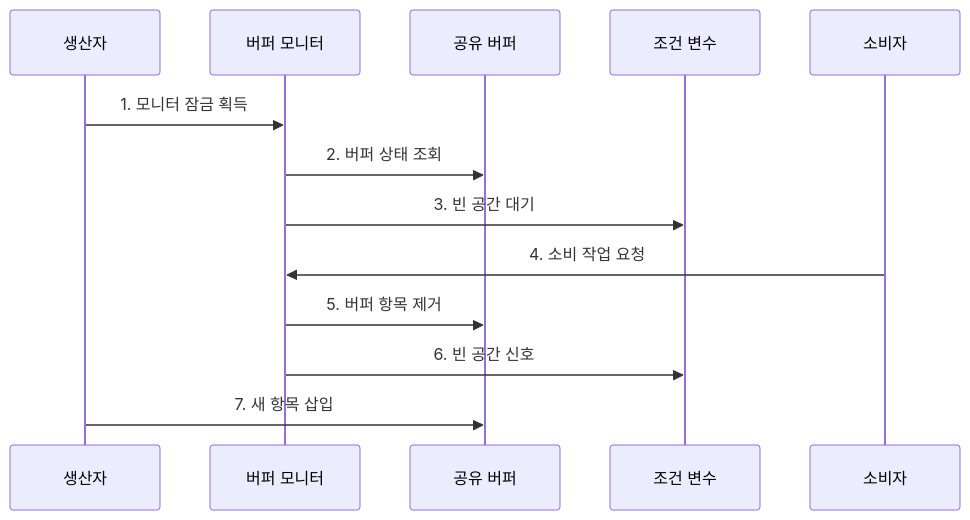
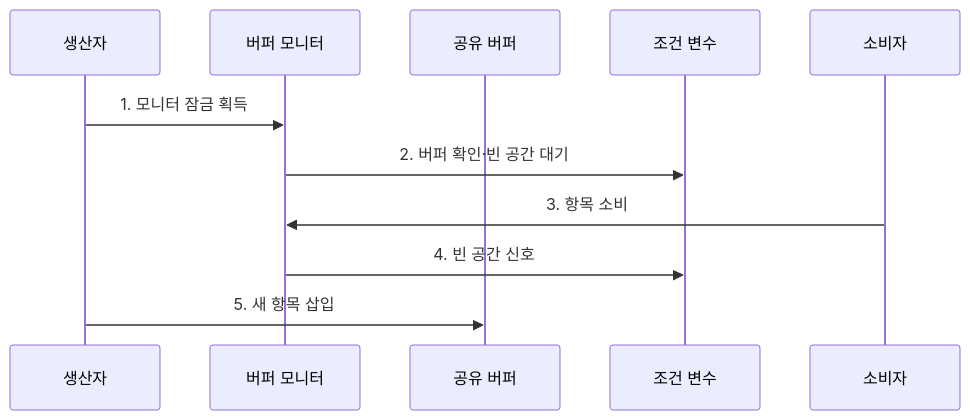
The second of 2 diagrams in src/content/docs/notes/03-software/012_synchronization.md (agnusdei1207/knowledge-base), drawn with Mermaid before and after one commit. The commit also changed other lines of this file and 238 other files, not shown here.

````diff
--- a/src/content/docs/notes/03-software/012_synchronization.md
+++ b/src/content/docs/notes/03-software/012_synchronization.md
@@ -86,15 +86,13 @@
 ```mermaid
 sequenceDiagram
     participant P as 생산자
     participant M as 버퍼 모니터
     participant B as 공유 버퍼
     participant V as 조건 변수
     participant C as 소비자
     P->>M: 1. 모니터 잠금 획득
-    M->>B: 2. 버퍼 상태 조회
-    M->>V: 3. 빈 공간 대기
-    C->>M: 4. 소비 작업 요청
-    M->>B: 5. 버퍼 항목 제거
-    M->>V: 6. 빈 공간 신호
-    P->>B: 7. 새 항목 삽입
+    M->>V: 2. 버퍼 확인·빈 공간 대기
+    C->>M: 3. 항목 소비
+    M->>V: 4. 빈 공간 신호
+    P->>B: 5. 새 항목 삽입
 ```
````
